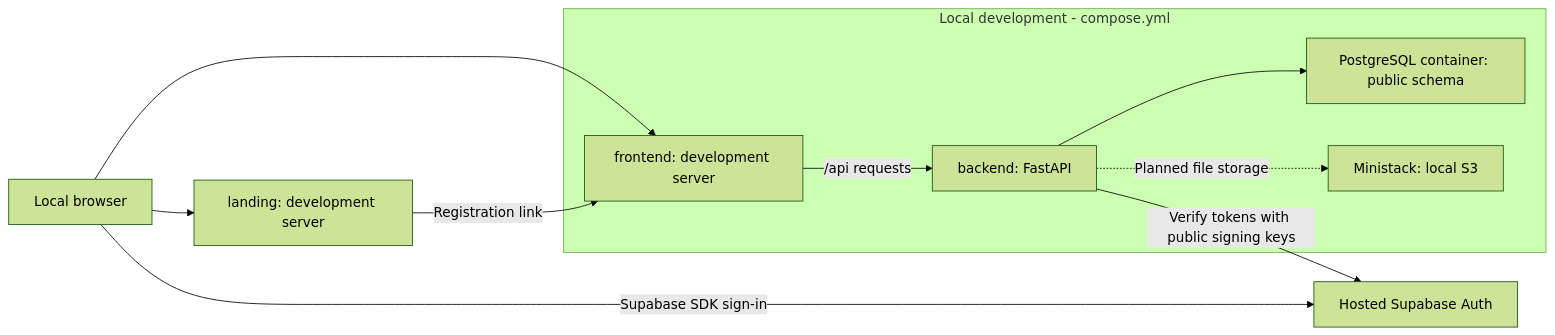
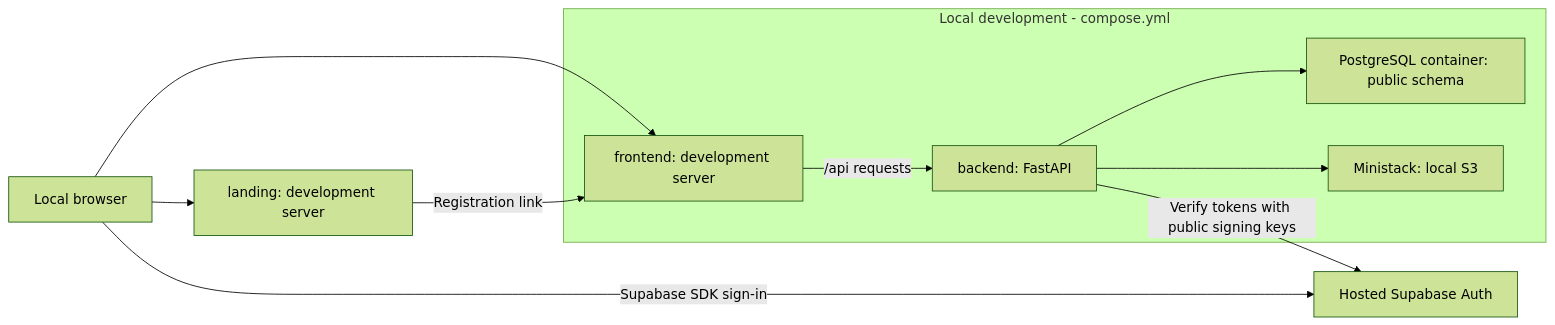
The first of 2 diagrams in specs/architecture.md (karlbruder/karlbruder_monorepo), drawn with Mermaid (forest theme) before and after one commit. The commit also changed other lines of this file and 20 other files, not shown here.

First line of the commit message:
feat(backend): add core file storage and local Ministack

````diff
--- a/specs/architecture.md
+++ b/specs/architecture.md
@@ -31,13 +31,13 @@
 ```mermaid
 flowchart LR
     Browser["Local browser"] --> Landing["landing: development server"]
     Browser --> Frontend
     Landing -->|Registration link| Frontend
     subgraph Local["Local development - compose.yml"]
         Frontend["frontend: development server"] -->|/api requests| Backend["backend: FastAPI"]
         Backend --> Database["PostgreSQL container: public schema"]
-        Backend -. Planned file storage .-> Storage["Ministack: local S3"]
+        Backend --> Storage["Ministack: local S3"]
     end
     Browser -->|Supabase SDK sign-in| Auth["Hosted Supabase Auth"]
     Backend -->|Verify tokens with public signing keys| Auth
 ```
````
